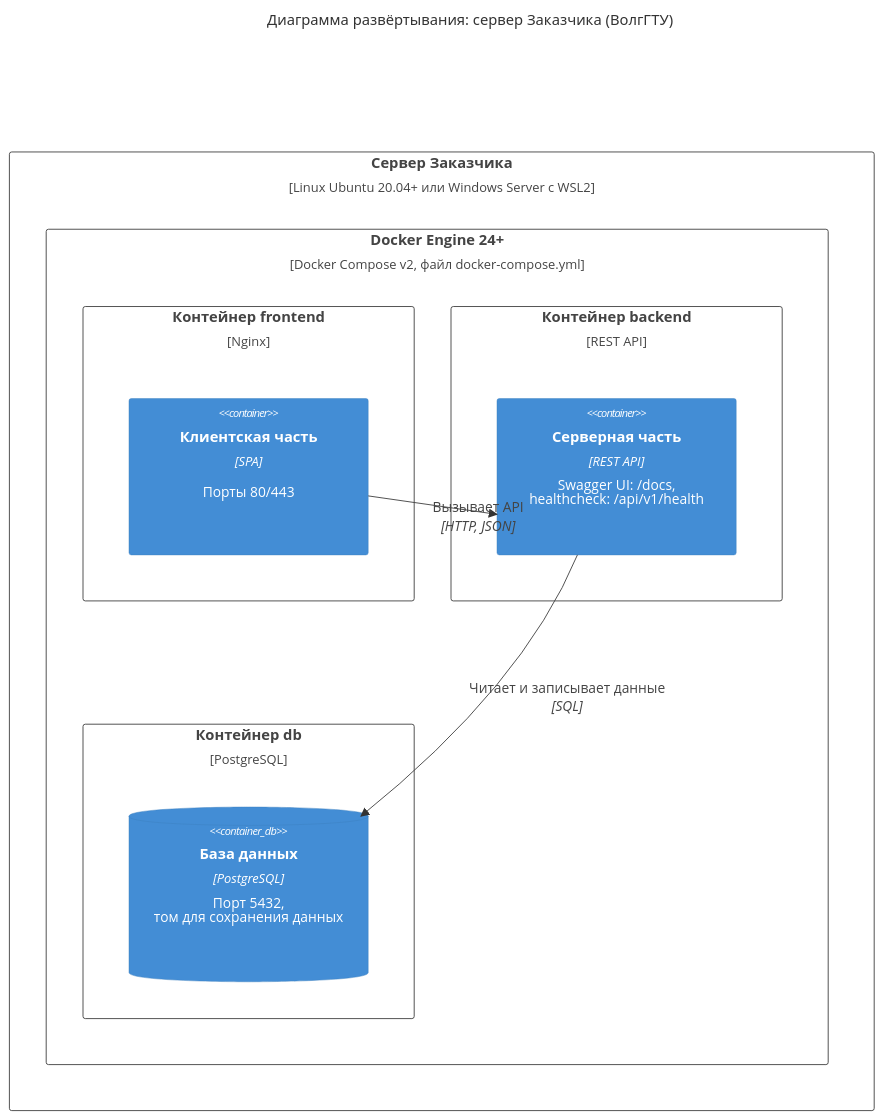
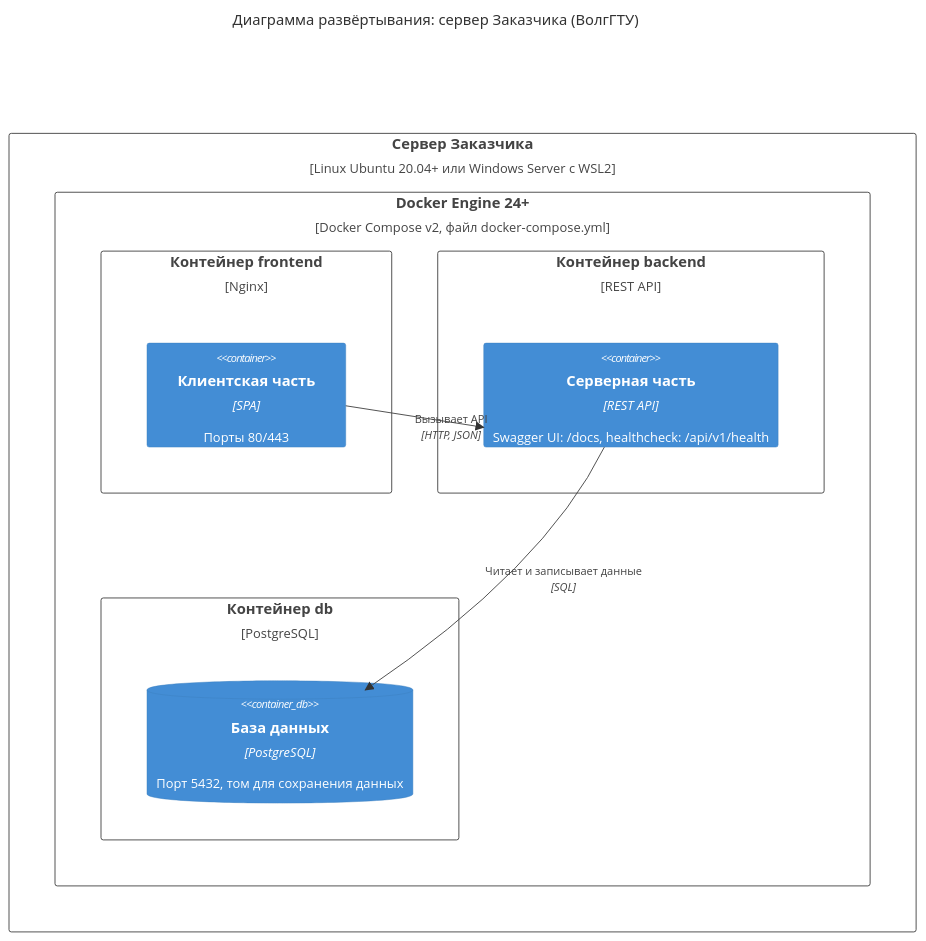
Before and after one commit to pozhilaya-shinshilla/Learning-Materials-Management-Software: the fourth of 4 diagrams in docs/C4 model.md, drawn with Mermaid. The commit also changed other lines of this file, not shown here.

````diff
--- a/docs/C4 model.md
+++ b/docs/C4 model.md
@@ -114,22 +111,21 @@
 ```mermaid
-%%{init: {"c4": {"diagramMarginX": 40, "diagramMarginY": 30, "c4ShapeMargin": 50, "c4ShapePadding": 20, "width": 260, "height": 170, "fontSize": 15}}}%%
 C4Deployment
     title Диаграмма развёртывания: сервер Заказчика (ВолгГТУ)
 
     Deployment_Node(server, "Сервер Заказчика", "Linux Ubuntu 20.04+ или Windows Server с WSL2") {
         Deployment_Node(docker, "Docker Engine 24+", "Docker Compose v2, файл docker-compose.yml") {
             Deployment_Node(feNode, "Контейнер frontend", "Nginx") {
                 Container(frontend, "Клиентская часть", "SPA", "Порты 80/443")
             }
             Deployment_Node(beNode, "Контейнер backend", "REST API") {
-                Container(backend, "Серверная часть", "REST API", "Swagger UI: /docs,<br/>healthcheck: /api/v1/health")
+                Container(backend, "Серверная часть", "REST API", "Swagger UI: /docs, healthcheck: /api/v1/health")
             }
             Deployment_Node(dbNode, "Контейнер db", "PostgreSQL") {
-                ContainerDb(db, "База данных", "PostgreSQL", "Порт 5432,<br/>том для сохранения данных")
+                ContainerDb(db, "База данных", "PostgreSQL", "Порт 5432, том для сохранения данных")
             }
         }
     }
 
     Rel(frontend, backend, "Вызывает API", "HTTP, JSON")
     Rel(backend, db, "Читает и записывает данные", "SQL")
 ```
````
